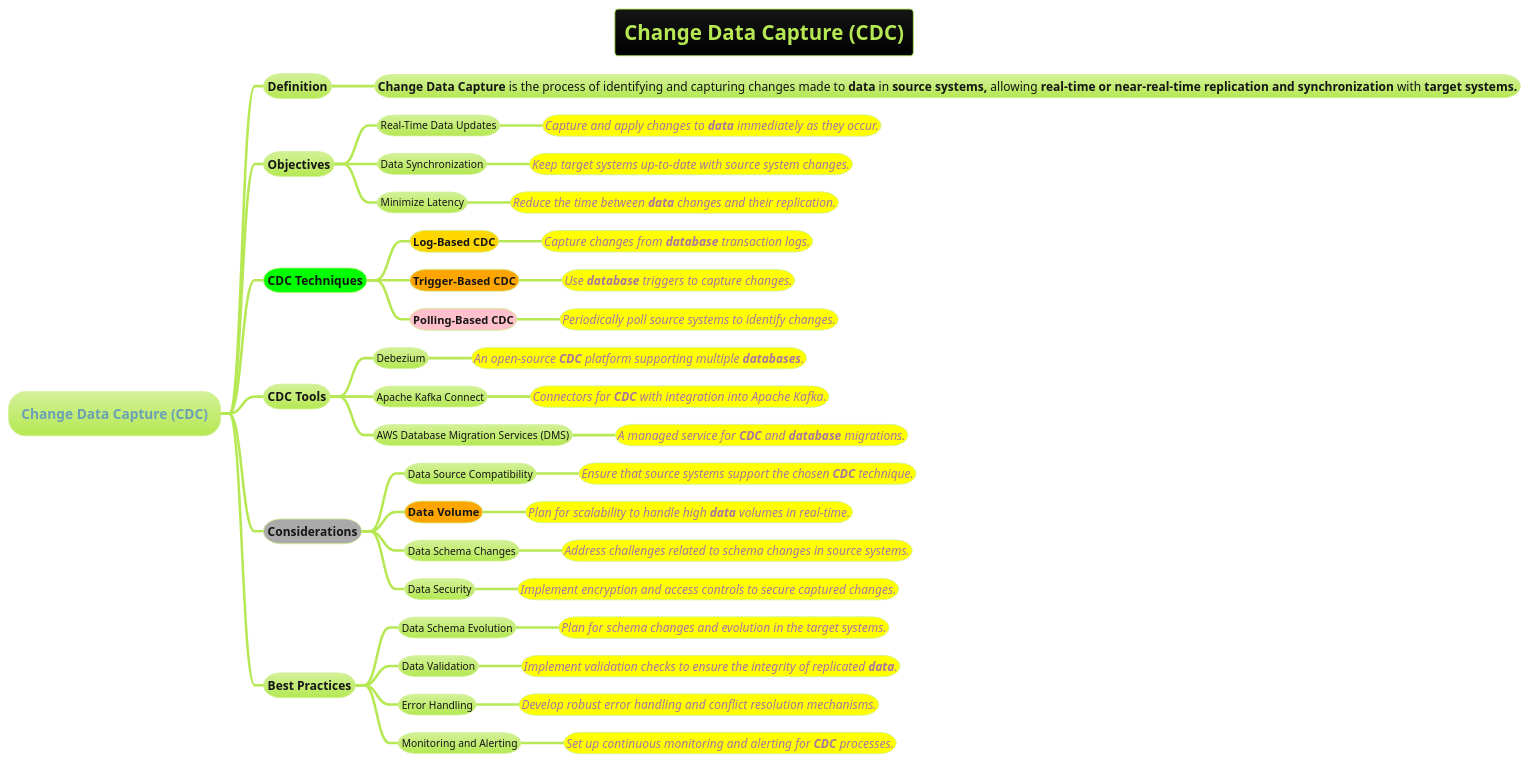
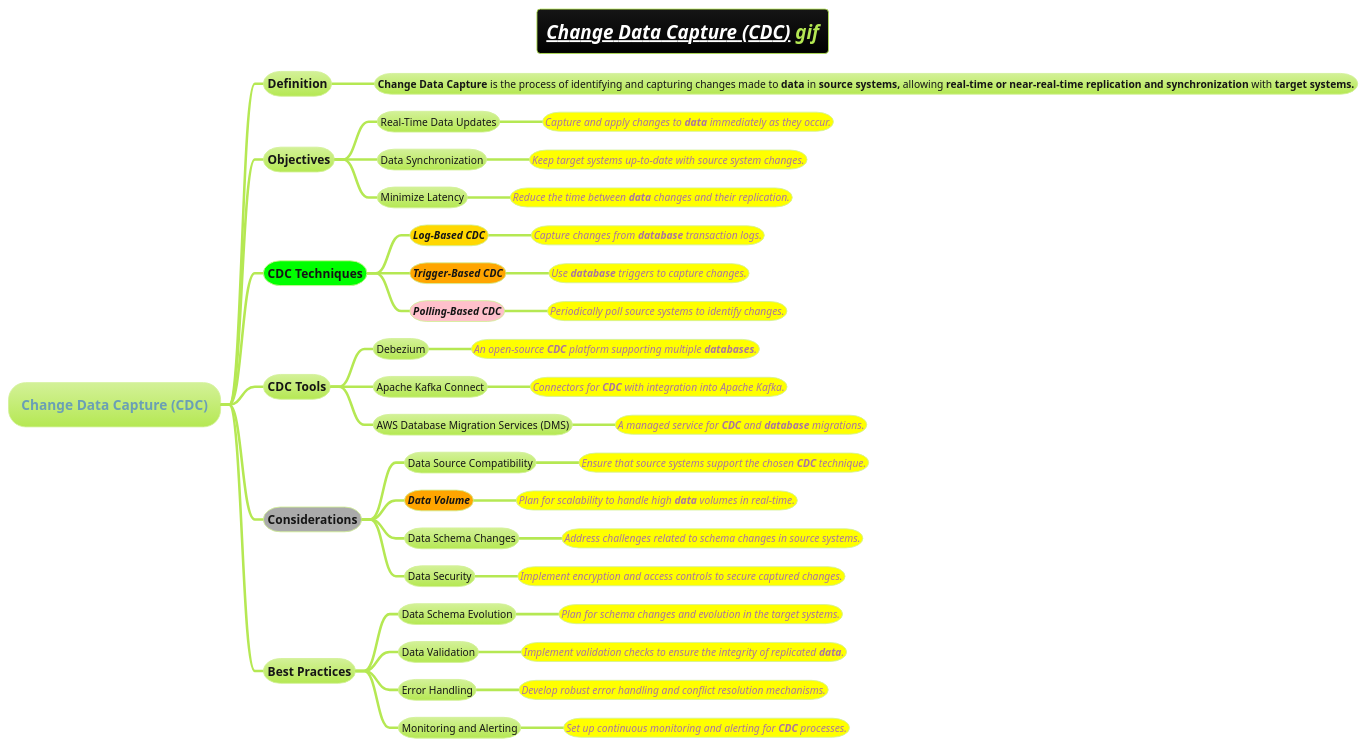
One commit to MehmoodHashmi/Documentation-as-Code-DaC changed the diagram in docs/AI-ML-DL-Data-Science-and-BigData/data-science/data-engineering/data-pipeline/Change-Data-Capture-(CDC).puml. Above: the diagram before and after it, drawn with PlantUML. The commit also changed 6 other files, not shown here.

```diff
--- a/docs/AI-ML-DL-Data-Science-and-BigData/data-science/data-engineering/data-pipeline/Change-Data-Capture-(CDC).puml
+++ b/docs/AI-ML-DL-Data-Science-and-BigData/data-science/data-engineering/data-pipeline/Change-Data-Capture-(CDC).puml
@@ -1,54 +1,54 @@
 @startmindmap
-title =Change Data Capture (CDC)
+title =<i><size:18>[[docs/AI-ML-DL-Data-Science-and-BigData/data-science/data-engineering/data-pipeline/gif/change-data-capture.adoc Change Data Capture (CDC)]] gif
 !theme hacker
 
 * Change Data Capture (CDC)
 ** Definition
-*** <size:14>**Change Data Capture** is the process of identifying and capturing changes made to **data** in **source systems,** allowing **real-time or near-real-time replication and synchronization** with **target systems.**
+*** <size:12>**Change Data Capture** is the process of identifying and capturing changes made to **data** in **source systems,** allowing **real-time or near-real-time replication and synchronization** with **target systems.**
 
 ** Objectives
 *** Real-Time Data Updates
-****[#yellow] ====<size:14>Capture and apply changes to **data** immediately as they occur.
+****[#yellow] <i><size:12>Capture and apply changes to **data** immediately as they occur.
 *** Data Synchronization
-****[#yellow] ====<size:14>Keep target systems up-to-date with source system changes.
+****[#yellow] <i><size:12>Keep target systems up-to-date with source system changes.
 *** Minimize Latency
-****[#yellow] ====<size:14>Reduce the time between **data** changes and their replication.
+****[#yellow] <i><size:12>Reduce the time between **data** changes and their replication.
 
 **[#lime] CDC Techniques
-***[#gold] ===Log-Based CDC
-****[#yellow] ====<size:14>Capture changes from **database** transaction logs.
-***[#orange] ===Trigger-Based CDC
-****[#yellow] ====<size:14>Use **database** triggers to capture changes.
-***[#pink] ===Polling-Based CDC
-****[#yellow] ====<size:14>Periodically poll source systems to identify changes.
+***[#gold] <i><b>Log-Based CDC
+****[#yellow] <i><size:12>Capture changes from **database** transaction logs.
+***[#orange] <i><b>Trigger-Based CDC
+****[#yellow] <i><size:12>Use **database** triggers to capture changes.
+***[#pink] <i><b>Polling-Based CDC
+****[#yellow] <i><size:12>Periodically poll source systems to identify changes.
 
 ** CDC Tools
 *** Debezium
-****[#yellow] ====<size:14>An open-source **CDC** platform supporting multiple **databases**.
+****[#yellow] <i><size:12>An open-source **CDC** platform supporting multiple **databases**.
 *** Apache Kafka Connect
-****[#yellow] ====<size:14>Connectors for **CDC** with integration into Apache Kafka.
+****[#yellow] <i><size:12>Connectors for **CDC** with integration into Apache Kafka.
 *** AWS Database Migration Services (DMS)
-****[#yellow] ====<size:14>A managed service for **CDC** and **database** migrations.
+****[#yellow] <i><size:12>A managed service for **CDC** and **database** migrations.
 
 **[#a] Considerations
 *** Data Source Compatibility
-****[#yellow] ====<size:14>Ensure that source systems support the chosen **CDC** technique.
-***[#orange] ===Data Volume
-****[#yellow] ====<size:14>Plan for scalability to handle high **data** volumes in real-time.
+****[#yellow] <i><size:12>Ensure that source systems support the chosen **CDC** technique.
+***[#orange] <i><b>Data Volume
+****[#yellow] <i><size:12>Plan for scalability to handle high **data** volumes in real-time.
 *** Data Schema Changes
-****[#yellow] ====<size:14>Address challenges related to schema changes in source systems.
+****[#yellow] <i><size:12>Address challenges related to schema changes in source systems.
 
 *** Data Security
-****[#yellow] ====<size:14>Implement encryption and access controls to secure captured changes.
+****[#yellow] <i><size:12>Implement encryption and access controls to secure captured changes.
 
 ** Best Practices
 *** Data Schema Evolution
-****[#yellow] ====<size:14>Plan for schema changes and evolution in the target systems.
+****[#yellow] <i><size:12>Plan for schema changes and evolution in the target systems.
 *** Data Validation
-****[#yellow] ====<size:14>Implement validation checks to ensure the integrity of replicated **data**.
+****[#yellow] <i><size:12>Implement validation checks to ensure the integrity of replicated **data**.
 *** Error Handling
-****[#yellow] ====<size:14>Develop robust error handling and conflict resolution mechanisms.
+****[#yellow] <i><size:12>Develop robust error handling and conflict resolution mechanisms.
 *** Monitoring and Alerting
-****[#yellow] ====<size:14>Set up continuous monitoring and alerting for **CDC** processes.
+****[#yellow] <i><size:12>Set up continuous monitoring and alerting for **CDC** processes.
 
 @endmindmap
```
